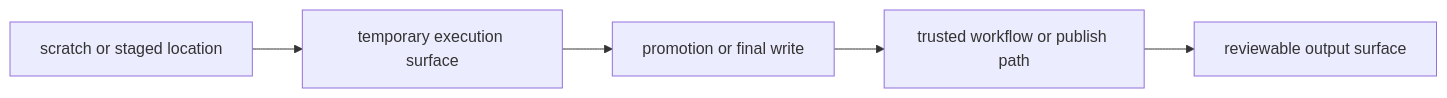
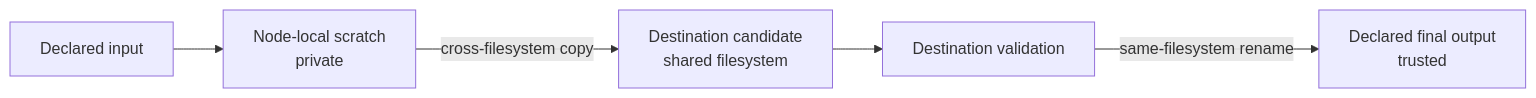
Before and after one commit to bijux/bijux-masterclass: the second of 2 diagrams in programs/reproducible-research/deep-dive-snakemake/course-book/module-08-operating-contexts-execution-policy/staging-storage-and-filesystem-assumptions.md, drawn with Mermaid. The commit also changed other lines of this file, not shown here.

````diff
--- a/programs/reproducible-research/deep-dive-snakemake/course-book/module-08-operating-contexts-execution-policy/staging-storage-and-filesystem-assumptions.md
+++ b/programs/reproducible-research/deep-dive-snakemake/course-book/module-08-operating-contexts-execution-policy/staging-storage-and-filesystem-assumptions.md
@@ -84,7 +117,13 @@
 ```mermaid
 flowchart LR
-  scratch["scratch or staged location"] --> temp["temporary execution surface"]
-  temp --> promote["promotion or final write"]
-  promote --> contract["trusted workflow or publish path"]
-  contract --> review["reviewable output surface"]
+  input["Declared input"]
+  scratch["Node-local scratch<br/>private"]
+  candidate["Destination candidate<br/>shared filesystem"]
+  validate["Destination validation"]
+  final["Declared final output<br/>trusted"]
+
+  input --> scratch
+  scratch -->|cross-filesystem copy| candidate
+  candidate --> validate
+  validate -->|same-filesystem rename| final
 ```
````
